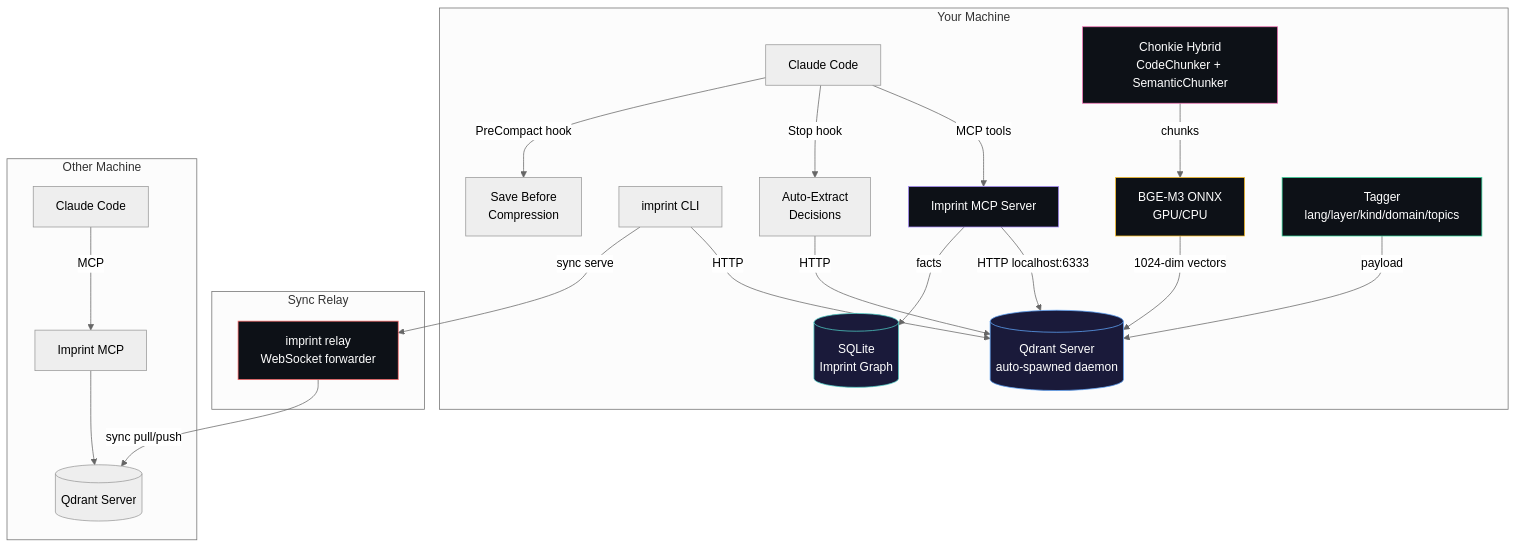
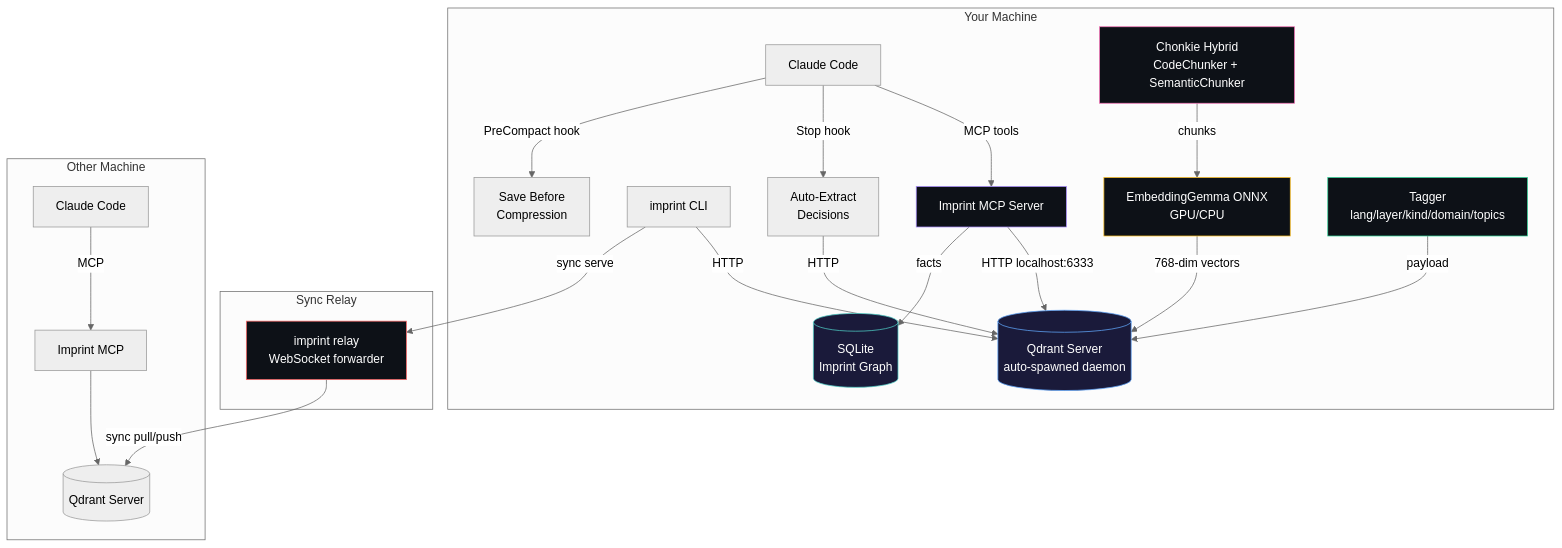
Before and after one commit to alexandruleca/imprint-memory-layer: the first of 10 diagrams in README.md, drawn with Mermaid (neutral theme). The commit also changed other lines of this file and 13 other files, not shown here.

````diff
--- a/README.md
+++ b/README.md
@@ -5,35 +5,35 @@
 ```mermaid
 graph TB
     subgraph "Your Machine"
         CC[Claude Code] -->|MCP tools| MCP[Imprint MCP Server]
         MCP -->|HTTP localhost:6333| QDB[(Qdrant Server<br/>auto-spawned daemon)]
         MCP -->|facts| KG[(SQLite<br/>Imprint Graph)]
         CLI[imprint CLI] -->|HTTP| QDB
         CC -->|Stop hook| EXT[Auto-Extract<br/>Decisions]
         CC -->|PreCompact hook| SAVE[Save Before<br/>Compression]
         EXT -->|HTTP| QDB
-        EMB[BGE-M3 ONNX<br/>GPU/CPU] -->|1024-dim vectors| QDB
+        EMB[EmbeddingGemma ONNX<br/>GPU/CPU] -->|768-dim vectors| QDB
         TAG[Tagger<br/>lang/layer/kind/domain/topics] -->|payload| QDB
         CHK[Chonkie Hybrid<br/>CodeChunker + SemanticChunker] -->|chunks| EMB
     end
 
     subgraph "Sync Relay"
         RELAY[imprint relay<br/>WebSocket forwarder]
     end
 
     subgraph "Other Machine"
         CC2[Claude Code] -->|MCP| MCP2[Imprint MCP]
         MCP2 --> QDB2[(Qdrant Server)]
     end
 
     CLI -->|sync serve| RELAY
     RELAY -->|sync pull/push| QDB2
 
     style QDB fill:#1a1a3a,stroke:#60a5fa,color:#fff
     style KG fill:#1a1a3a,stroke:#4ecdc4,color:#fff
     style MCP fill:#0d1117,stroke:#a78bfa,color:#fff
     style RELAY fill:#0d1117,stroke:#ff6b6b,color:#fff
     style EMB fill:#0d1117,stroke:#fbbf24,color:#fff
     style TAG fill:#0d1117,stroke:#34d399,color:#fff
     style CHK fill:#0d1117,stroke:#f472b6,color:#fff
 ```
````
